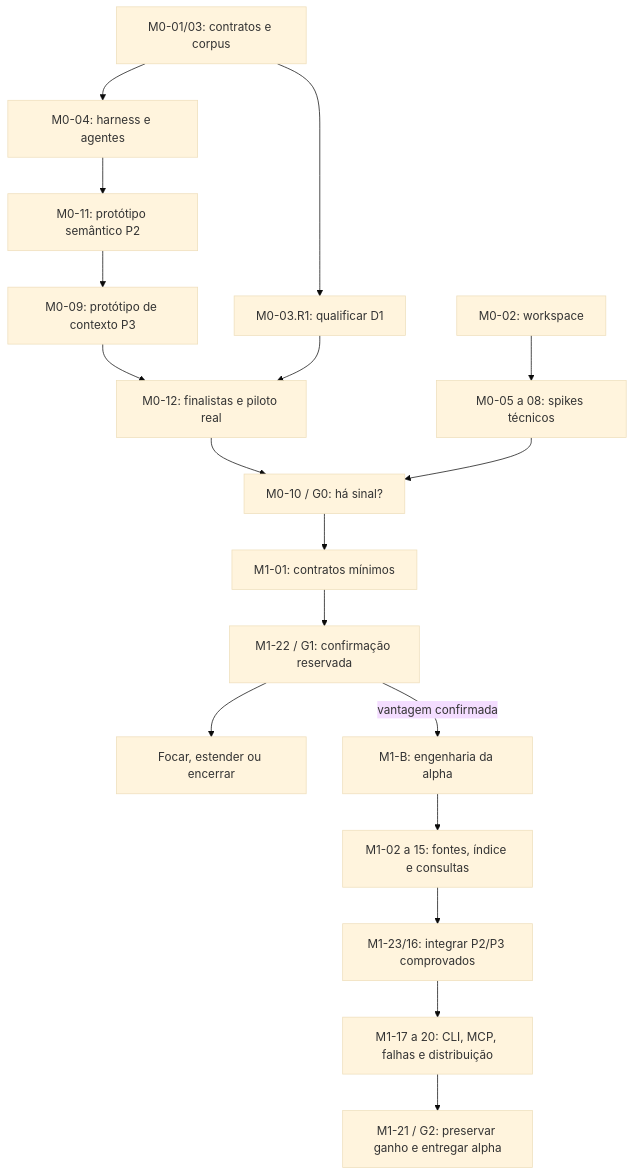
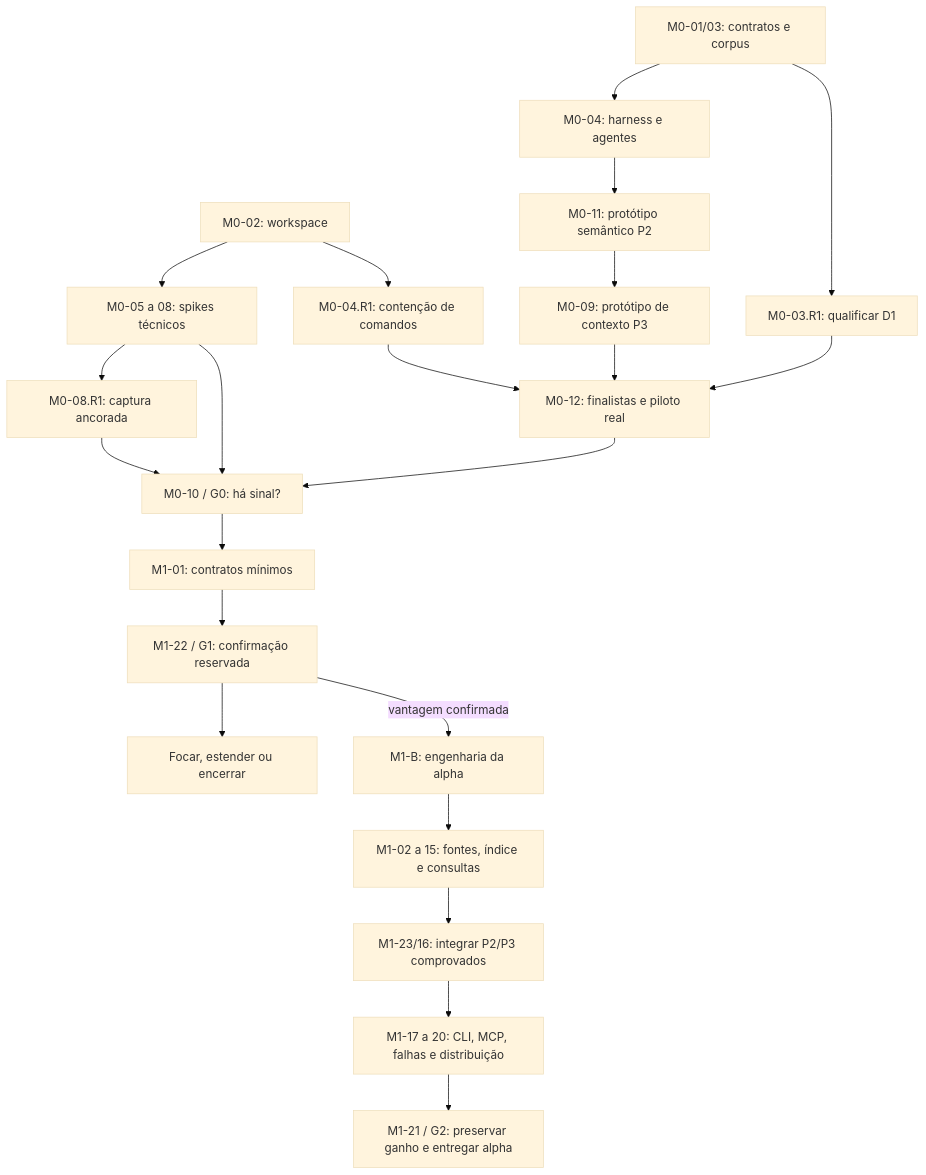
The diagram in docs/PLANO-DE-IMPLEMENTACAO.md (wkoch/xrai), drawn with Mermaid (base theme) before and after one commit. The commit also changed other lines of this file and 9 other files, not shown here.

Commit message:
docs: define L3 architecture and implementation plan

````diff
--- a/docs/PLANO-DE-IMPLEMENTACAO.md
+++ b/docs/PLANO-DE-IMPLEMENTACAO.md
@@ -59,20 +59,24 @@
 ```mermaid
 flowchart TD
     A["M0-01/03: contratos e corpus"] --> B["M0-04: harness e agentes"]
     C["M0-02: workspace"] --> D["M0-05 a 08: spikes técnicos"]
+    C --> HC["M0-04.R1: contenção de comandos"]
+    HC --> E
+    D --> FC["M0-08.R1: captura ancorada"]
+    FC --> G0
     B --> P2["M0-11: protótipo semântico P2"]
     P2 --> P3["M0-09: protótipo de contexto P3"]
     P3 --> E["M0-12: finalistas e piloto real"]
     A --> R1["M0-03.R1: qualificar D1"]
     R1 --> E
     E --> G0["M0-10 / G0: há sinal?"]
     D --> G0
     G0 --> F["M1-01: contratos mínimos"]
     F --> H["M1-22 / G1: confirmação reservada"]
     H --> STOP["Focar, estender ou encerrar"]
     H -->|"vantagem confirmada"| W["M1-B: engenharia da alpha"]
     W --> I["M1-02 a 15: fontes, índice e consultas"]
     I --> Q["M1-23/16: integrar P2/P3 comprovados"]
     Q --> T["M1-17 a 20: CLI, MCP, falhas e distribuição"]
     T --> G2["M1-21 / G2: preservar ganho e entregar alpha"]
 ```
````
